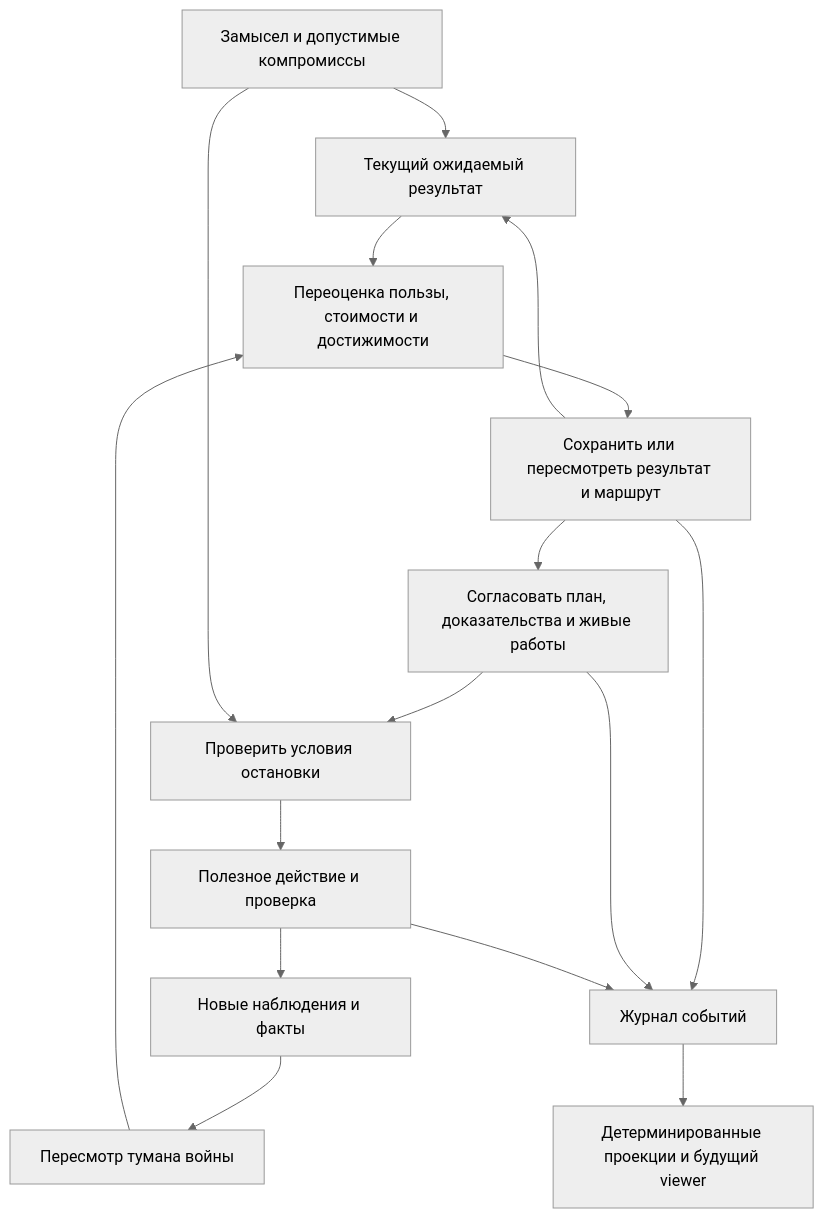
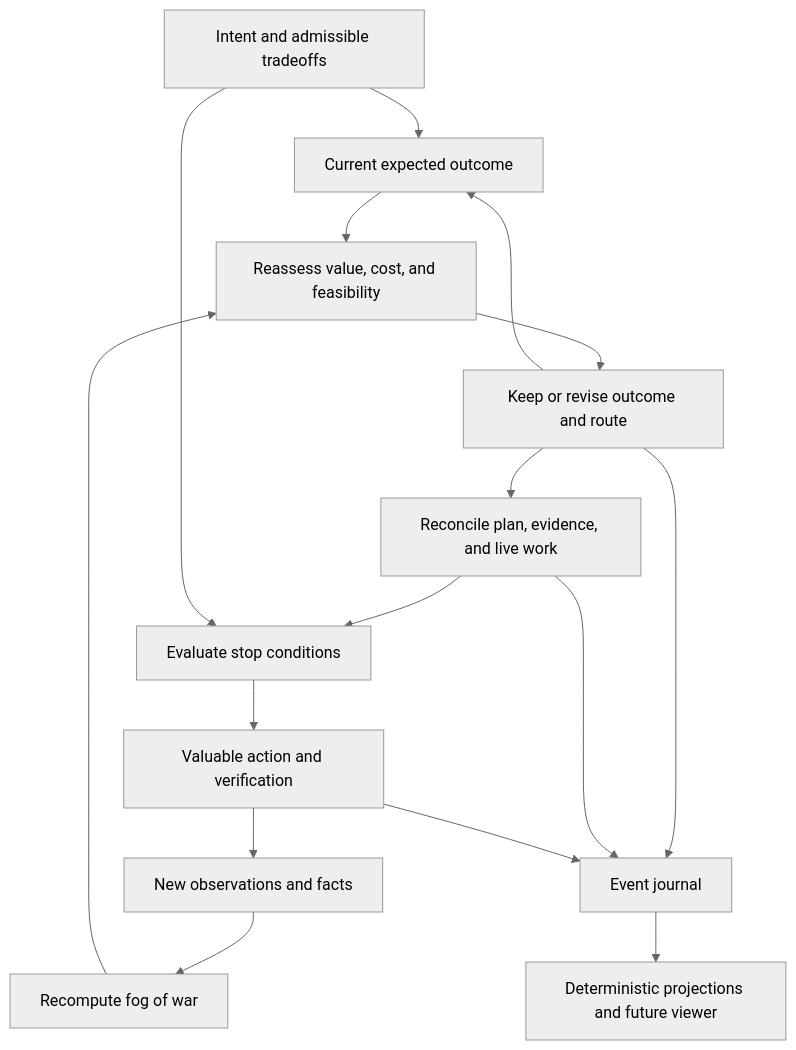
Before and after one commit to vibevm/zap: the diagram in vibevm/vibepacks/org.vibevm.world/zap/v1.0.0/README.md, drawn with Mermaid (neutral theme). The commit also changed other lines of this file and 97 other files, not shown here.

````diff
--- a/vibevm/vibepacks/org.vibevm.world/zap/v1.0.0/README.md
+++ b/vibevm/vibepacks/org.vibevm.world/zap/v1.0.0/README.md
@@ -49,18 +48,18 @@
 ```mermaid
 flowchart TD
-    O[Замысел и допустимые компромиссы] --> R[Текущий ожидаемый результат]
-    F[Новые наблюдения и факты] --> G[Пересмотр тумана войны]
-    G --> V[Переоценка пользы, стоимости и достижимости]
+    O[Intent and admissible tradeoffs] --> R[Current expected outcome]
+    F[New observations and facts] --> G[Recompute fog of war]
+    G --> V[Reassess value, cost, and feasibility]
     R --> V
-    V --> D[Сохранить или пересмотреть результат и маршрут]
+    V --> D[Keep or revise outcome and route]
     D --> R
-    D --> L[Согласовать план, доказательства и живые работы]
-    L --> S[Проверить условия остановки]
+    D --> L[Reconcile plan, evidence, and live work]
+    L --> S[Evaluate stop conditions]
     O --> S
-    S --> W[Полезное действие и проверка]
+    S --> W[Valuable action and verification]
     W --> F
-    D --> E[Журнал событий]
+    D --> E[Event journal]
     L --> E
     W --> E
-    E --> UI[Детерминированные проекции и будущий viewer]
+    E --> UI[Deterministic projections and future viewer]
 ```
````
